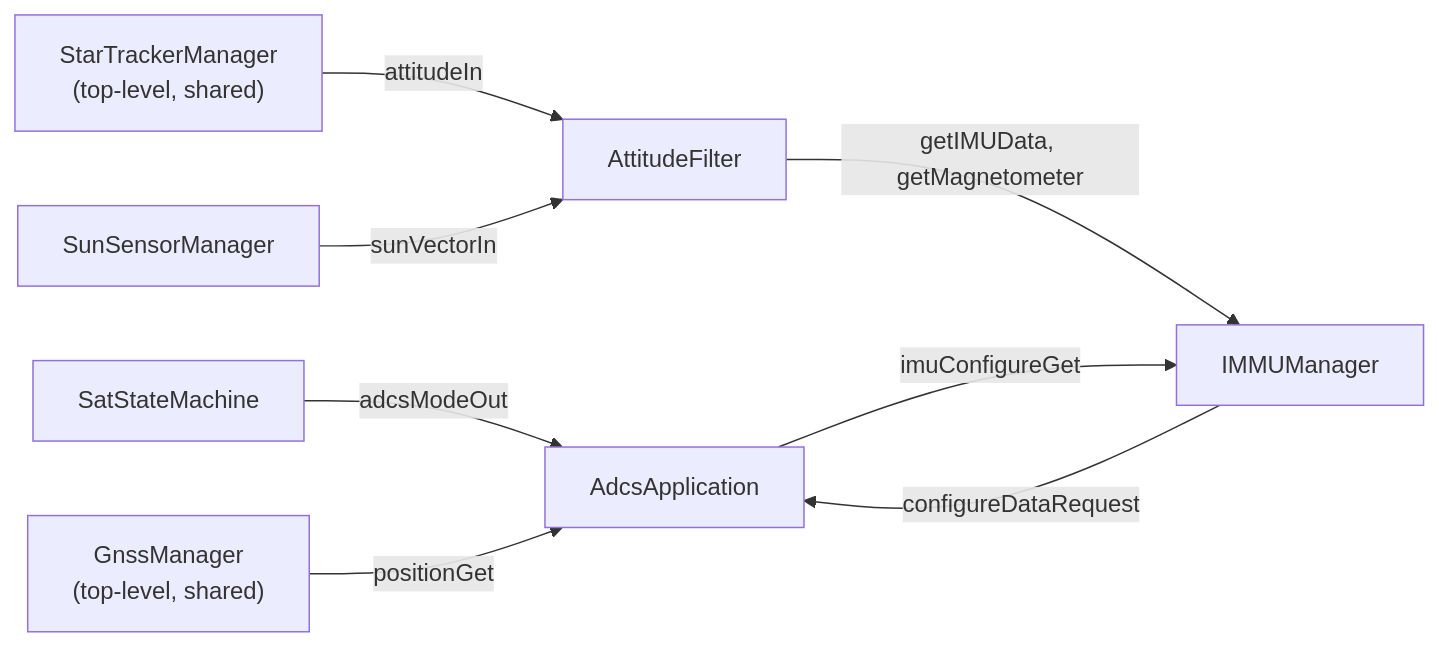
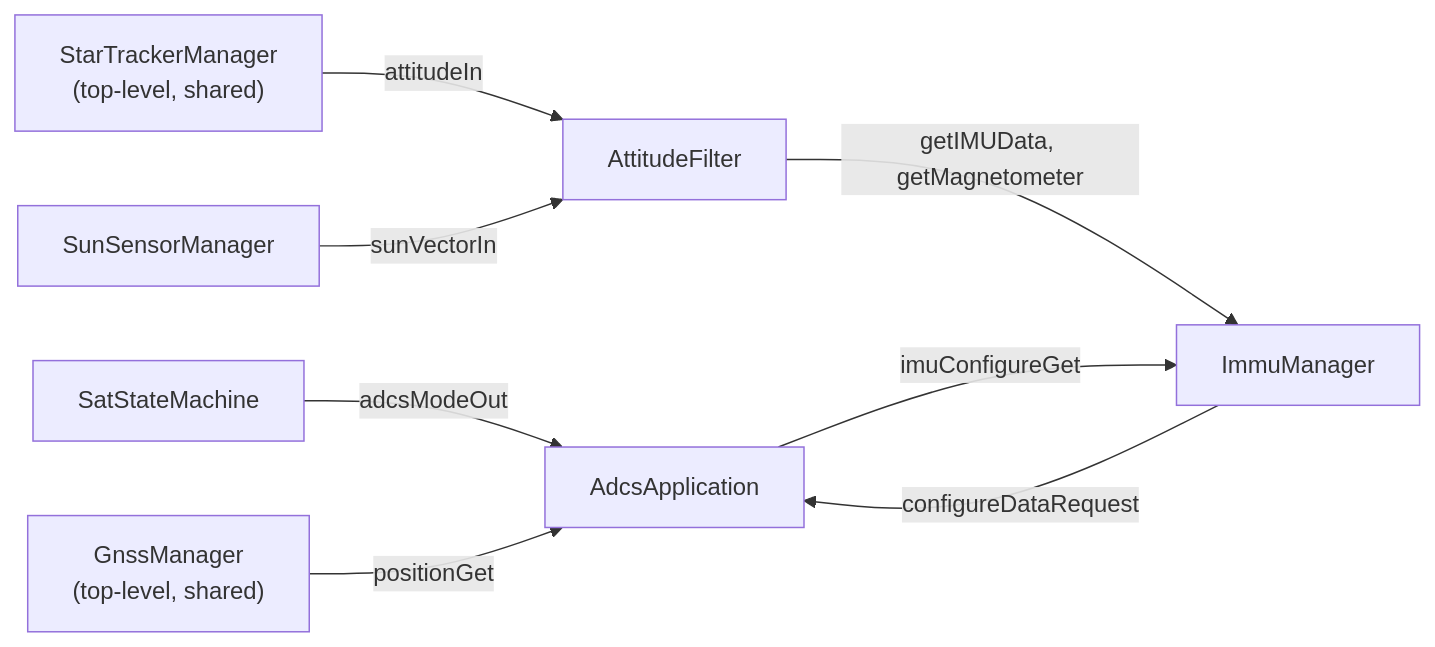
Before and after one commit to UWCubeSat/hs2-software-design: the second of 4 diagrams in docs/Adcs/AdcsApplication.md, drawn with Mermaid. The commit also changed other lines of this file and 14 other files, not shown here.

Commit message:
docs: resolve diagram and naming conflicts

````diff
--- a/docs/Adcs/AdcsApplication.md
+++ b/docs/Adcs/AdcsApplication.md
@@ -157,10 +157,10 @@
 ```mermaid
 flowchart LR
     SSM["SatStateMachine"] -->|adcsModeOut| App["AdcsApplication"]
     Gnss["GnssManager<br/>(top-level, shared)"] -->|positionGet| App
     StarTracker["StarTrackerManager<br/>(top-level, shared)"] -->|attitudeIn| Filter["AttitudeFilter"]
-    Filter -->|getIMUData, getMagnetometer| Imu["IMMUManager"]
+    Filter -->|getIMUData, getMagnetometer| Imu["ImmuManager"]
     Sun["SunSensorManager"] -->|sunVectorIn| Filter
     Imu -->|configureDataRequest| App
     App -->|imuConfigureGet| Imu
 ```
````
